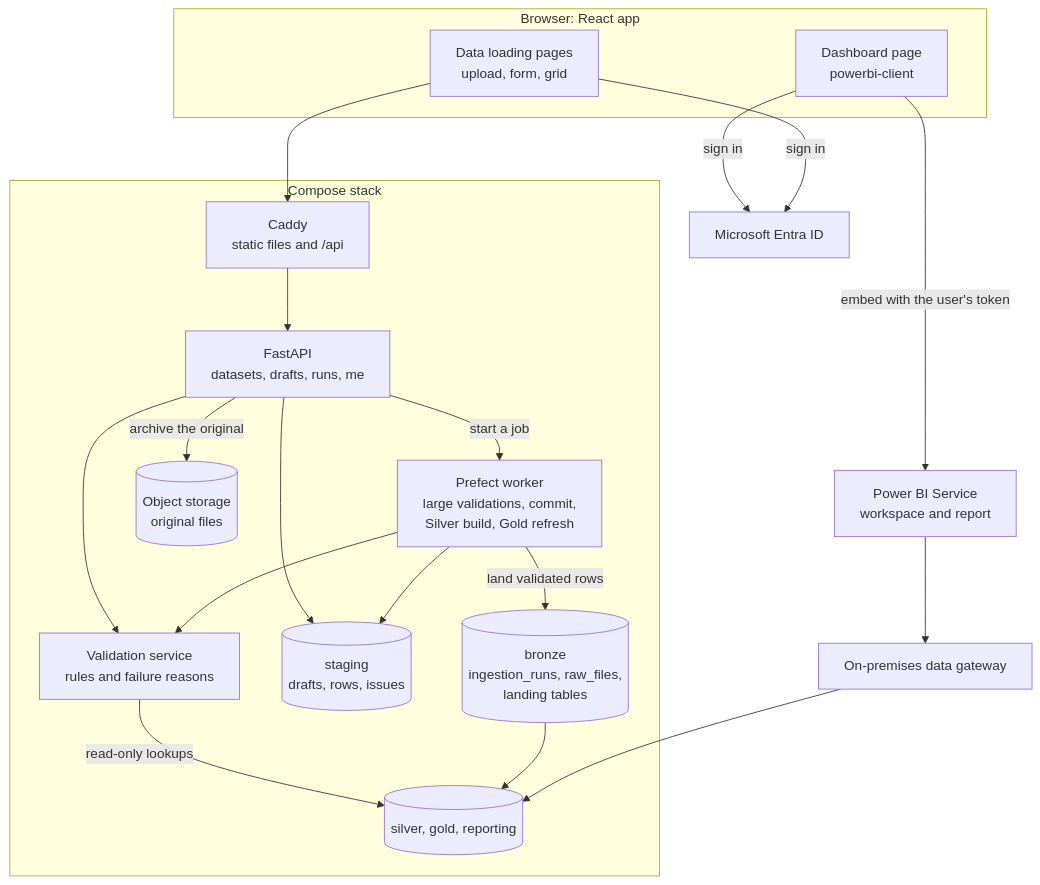
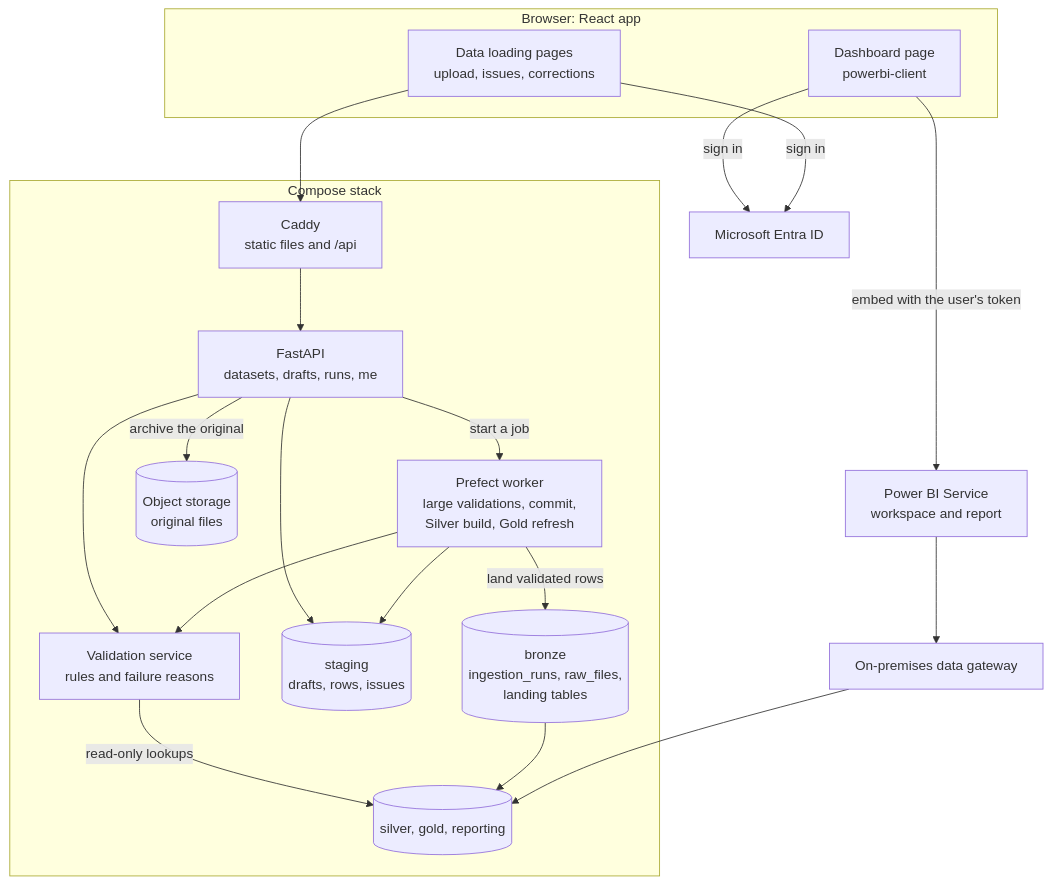
The diagram in docs/frontend-plan.md (juanpablocarrillohortua/clarios_app), drawn with Mermaid before and after one commit. The commit also changed other lines of this file and 53 other files, not shown here.

````diff
--- a/docs/frontend-plan.md
+++ b/docs/frontend-plan.md
@@ -136,38 +139,38 @@
 ```mermaid
 flowchart TB
     subgraph browser["Browser: React app"]
         DASHP["Dashboard page<br/>powerbi-client"]
-        LOADP["Data loading pages<br/>upload, form, grid"]
+        LOADP["Data loading pages<br/>upload, issues, corrections"]
     end
 
     ENTRA["Microsoft Entra ID"]
     PBI["Power BI Service<br/>workspace and report"]
 
     subgraph stack["Compose stack"]
         CADDY["Caddy<br/>static files and /api"]
         API["FastAPI<br/>datasets, drafts, runs, me"]
         VAL["Validation service<br/>rules and failure reasons"]
         WORKER["Prefect worker<br/>large validations, commit,<br/>Silver build, Gold refresh"]
         STG[("staging<br/>drafts, rows, issues")]
         MINIO[("Object storage<br/>original files")]
         BRZ[("bronze<br/>ingestion_runs, raw_files,<br/>landing tables")]
         SG[("silver, gold, reporting")]
     end
 
     GW["On-premises data gateway"]
 
     DASHP -->|"sign in"| ENTRA
     LOADP -->|"sign in"| ENTRA
     DASHP -->|"embed with the user's token"| PBI
     LOADP --> CADDY --> API
     API --> VAL
     API --> STG
     API -->|"archive the original"| MINIO
     API -->|"start a job"| WORKER
     WORKER --> VAL
     WORKER --> STG
     VAL -->|"read-only lookups"| SG
     WORKER -->|"land validated rows"| BRZ
     BRZ --> SG
     PBI --> GW --> SG
 ```
````
